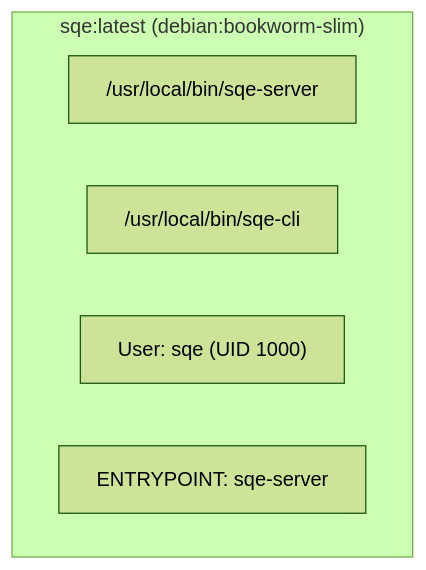
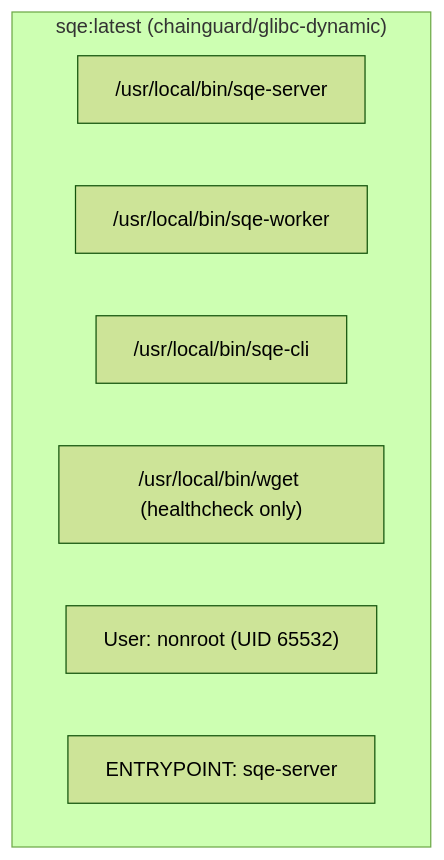
The diagram in src/deployment/docker.md (getsqe/docs), drawn with Mermaid (forest theme) before and after one commit. The commit also changed other lines of this file and 46 other files, not shown here.

````diff
--- a/src/deployment/docker.md
+++ b/src/deployment/docker.md
@@ -7,9 +7,11 @@
 ```mermaid
 graph TB
-    subgraph "sqe:latest (debian:bookworm-slim)"
+    subgraph "sqe:latest (chainguard/glibc-dynamic)"
         BIN1["/usr/local/bin/sqe-server"]
-        BIN2["/usr/local/bin/sqe-cli"]
-        USER["User: sqe (UID 1000)"]
+        BIN2["/usr/local/bin/sqe-worker"]
+        BIN3["/usr/local/bin/sqe-cli"]
+        HC["/usr/local/bin/wget (healthcheck only)"]
+        USER["User: nonroot (UID 65532)"]
         EP["ENTRYPOINT: sqe-server"]
     end
 ```
````
